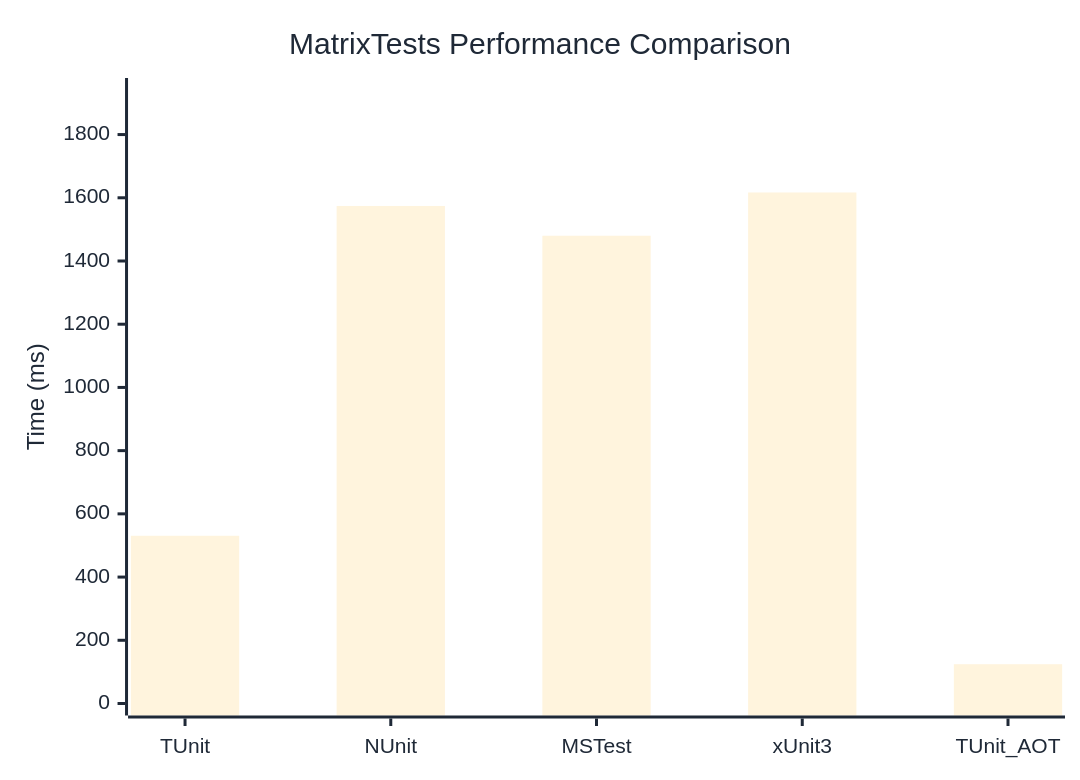
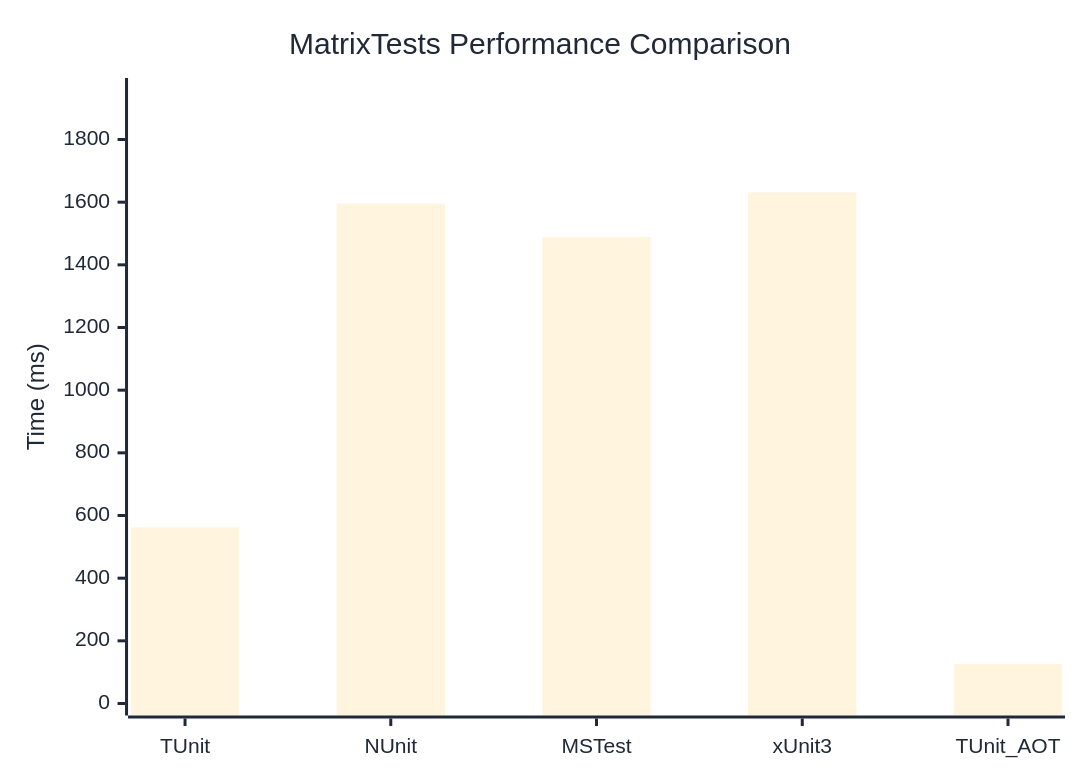
The diagram in docs/docs/benchmarks/MatrixTests.md (thomhurst/TUnit), drawn with Mermaid before and after one commit. The commit also changed other lines of this file and 17 other files, not shown here.

````diff
--- a/docs/docs/benchmarks/MatrixTests.md
+++ b/docs/docs/benchmarks/MatrixTests.md
@@ -27,37 +27,37 @@
 ```mermaid
 %%{init: {
   'theme':'base',
   'themeVariables': {
     'primaryColor': '#2563eb',
     'primaryTextColor': '#1f2937',
     'primaryBorderColor': '#1e40af',
     'lineColor': '#6b7280',
     'secondaryColor': '#7c3aed',
     'tertiaryColor': '#dc2626',
     'background': '#ffffff',
     'mainBkg': '#2563eb',
     'secondBkg': '#7c3aed',
     'tertiaryBkg': '#dc2626',
     'clusterBkg': '#f3f4f6',
     'edgeLabelBackground': '#ffffff',
     'tertiaryTextColor': '#1f2937',
     'pie1': '#2563eb',
     'pie2': '#7c3aed',
     'pie3': '#dc2626',
     'pie4': '#f59e0b',
     'pie5': '#10b981',
     'pie6': '#06b6d4',
     'pie7': '#ec4899',
     'pie8': '#6366f1',
     'pie9': '#84cc16',
     'pie10': '#f97316',
     'pie11': '#14b8a6',
     'pie12': '#a855f7'
   }
 }}%%
 xychart-beta
   title "MatrixTests Performance Comparison"
   x-axis ["TUnit", "NUnit", "MSTest", "xUnit3", "TUnit_AOT"]
-  y-axis "Time (ms)" 0 --> 1941
-  bar [530.7, 1574.1, 1479.9, 1616.8, 124.3]
+  y-axis "Time (ms)" 0 --> 1958
+  bar [562.3, 1595.3, 1489.1, 1630.9, 126.3]
 ```
````
